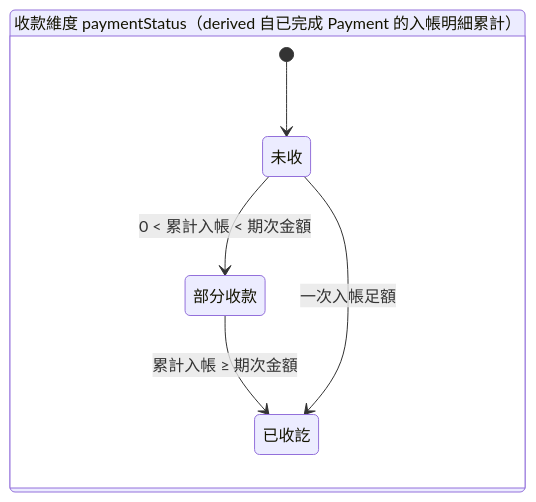
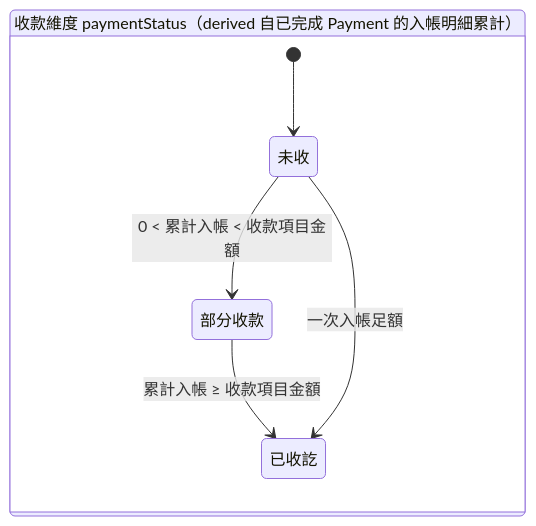
One commit to Kawato-Miles/erp-spec changed the second of 6 diagrams in memory/Sens_wiki/wiki/erp/12-insights/2026-05-29-款項發票四來源一致性比對.md. Above: the diagram before and after it, drawn with Mermaid. The commit also changed other lines of this file and 49 other files, not shown here.

````diff
--- a/memory/Sens_wiki/wiki/erp/12-insights/2026-05-29-款項發票四來源一致性比對.md
+++ b/memory/Sens_wiki/wiki/erp/12-insights/2026-05-29-款項發票四來源一致性比對.md
@@ -45,10 +45,10 @@
 ```mermaid
 stateDiagram-v2
   direction LR
   state "收款維度 paymentStatus（derived 自已完成 Payment 的入帳明細累計）" as PAY {
     [*] --> 未收
-    未收 --> 部分收款: 0 < 累計入帳 < 期次金額
-    部分收款 --> 已收訖: 累計入帳 ≥ 期次金額
+    未收 --> 部分收款: 0 < 累計入帳 < 收款項目金額
+    部分收款 --> 已收訖: 累計入帳 ≥ 收款項目金額
     未收 --> 已收訖: 一次入帳足額
   }
 ```
````
